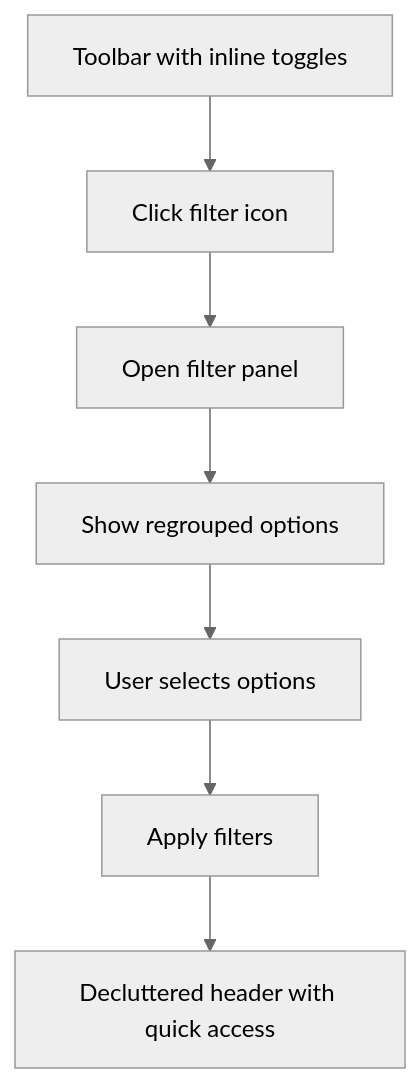
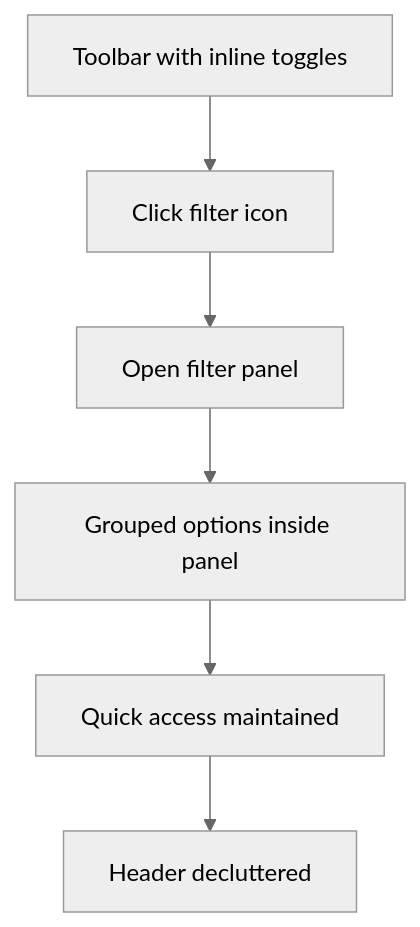
One commit to AlexAgo83/logics-manager changed the diagram in logics/request/req_003_filter_panel_options.md. Above: the diagram before and after it, drawn with Mermaid (neutral theme). The commit also changed 50 other files, not shown here.

````diff
--- a/logics/request/req_003_filter_panel_options.md
+++ b/logics/request/req_003_filter_panel_options.md
@@ -7,11 +7,10 @@
 ```mermaid
 %% logics-kind: request
 %% logics-signature: request|regroup-options-into-filter-panel|regroup-the-existing-options-into-a|ac1-define-a-measurable-outcome
 flowchart TD
     A[Toolbar with inline toggles] --> B[Click filter icon]
     B --> C[Open filter panel]
-    C --> D[Show regrouped options]
-    D --> E[User selects options]
-    E --> F[Apply filters]
-    F --> G[Decluttered header with quick access]
+    C --> D[Grouped options inside panel]
+    D --> E[Quick access maintained]
+    E --> F[Header decluttered]
 ```
````
